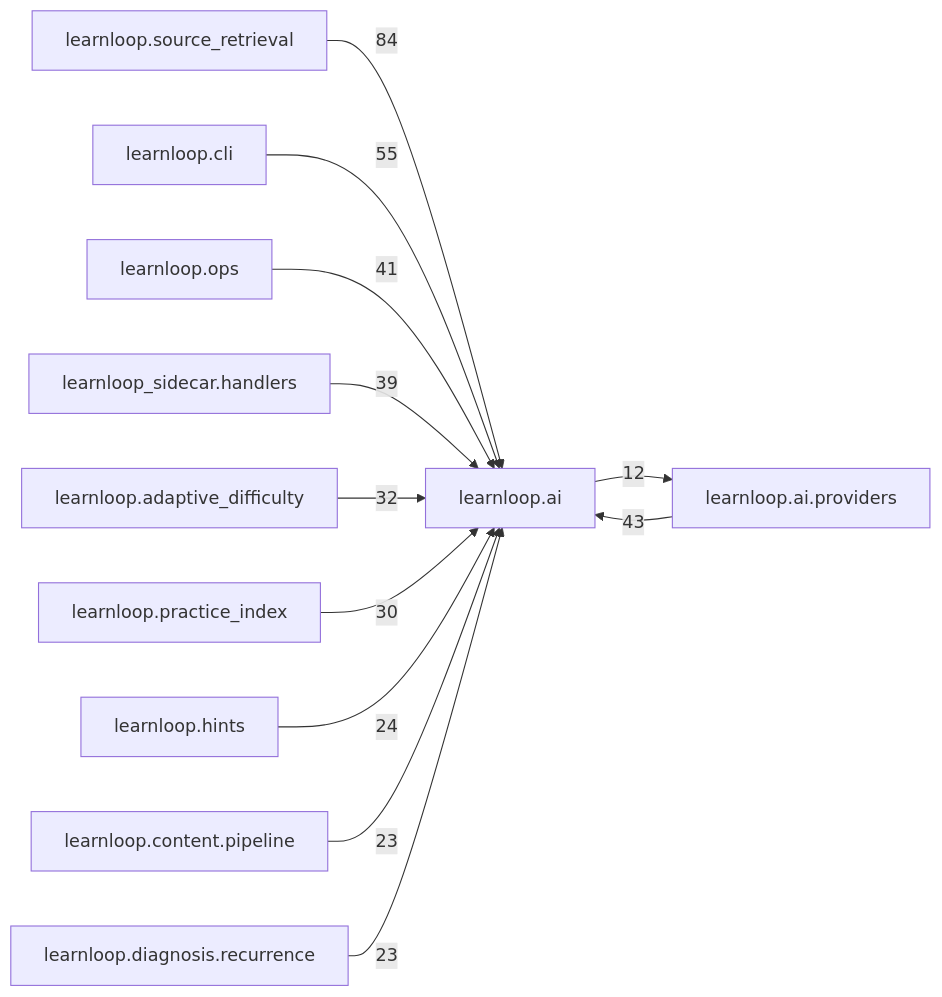
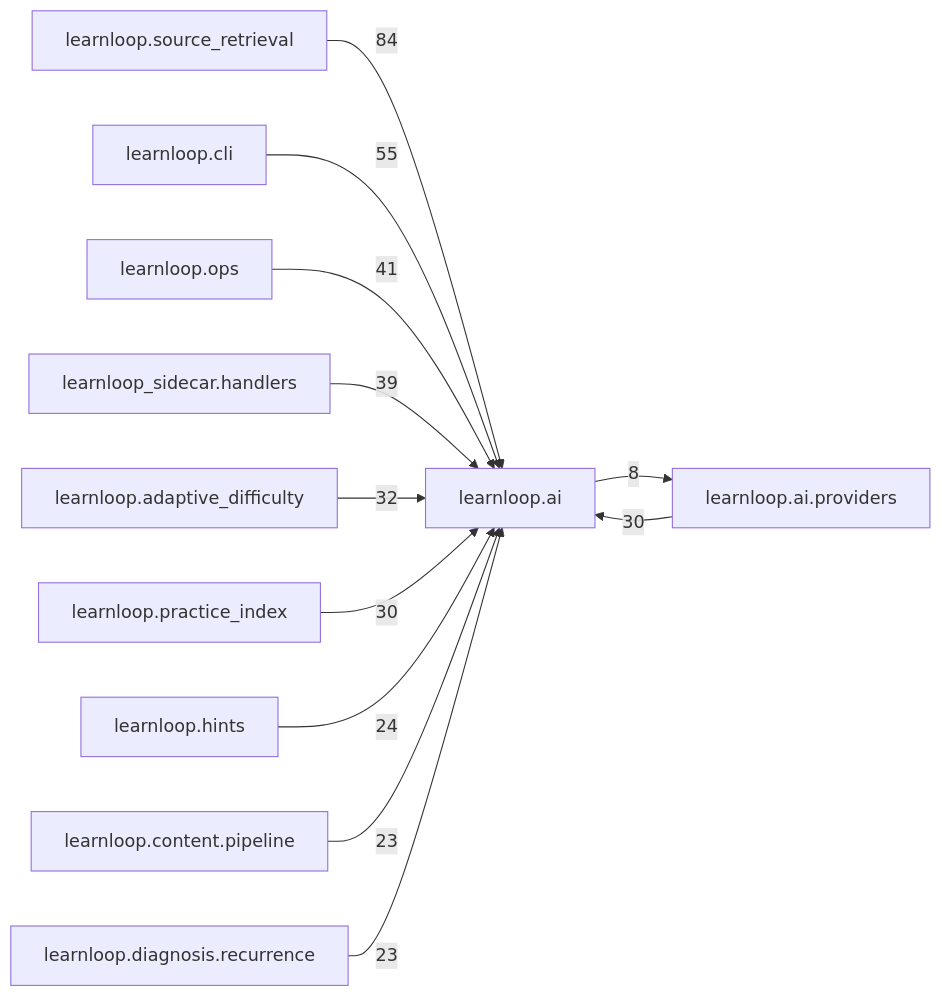
One commit to 6up-b/learnanything changed the diagram in docs/learnloop-architecture-vault/Reference/Modules/learnloop/ai/_package.md. Above: the diagram before and after it, drawn with Mermaid. The commit also changed other lines of this file and 182 other files, not shown here.

````diff
--- a/docs/learnloop-architecture-vault/Reference/Modules/learnloop/ai/_package.md
+++ b/docs/learnloop-architecture-vault/Reference/Modules/learnloop/ai/_package.md
@@ -161,25 +161,25 @@
 ```mermaid
 flowchart LR
     center["learnloop.ai"]
     n_learnloop_source_retrieval["learnloop.source_retrieval"]
-    n_learnloop_ai_providers["learnloop.ai.providers"]
     n_learnloop_cli["learnloop.cli"]
     n_learnloop_ops["learnloop.ops"]
     n_learnloop_sidecar_handlers["learnloop_sidecar.handlers"]
+    n_learnloop_ai_providers["learnloop.ai.providers"]
     n_learnloop_adaptive_difficulty["learnloop.adaptive_difficulty"]
     n_learnloop_practice_index["learnloop.practice_index"]
     n_learnloop_hints["learnloop.hints"]
     n_learnloop_content_pipeline["learnloop.content.pipeline"]
     n_learnloop_diagnosis_recurrence["learnloop.diagnosis.recurrence"]
     n_learnloop_source_retrieval -->|84| center
-    n_learnloop_ai_providers -->|43| center
-    center -->|12| n_learnloop_ai_providers
     n_learnloop_cli -->|55| center
     n_learnloop_ops -->|41| center
     n_learnloop_sidecar_handlers -->|39| center
+    n_learnloop_ai_providers -->|30| center
+    center -->|8| n_learnloop_ai_providers
     n_learnloop_adaptive_difficulty -->|32| center
     n_learnloop_practice_index -->|30| center
     n_learnloop_hints -->|24| center
     n_learnloop_content_pipeline -->|23| center
     n_learnloop_diagnosis_recurrence -->|23| center
 ```
````
